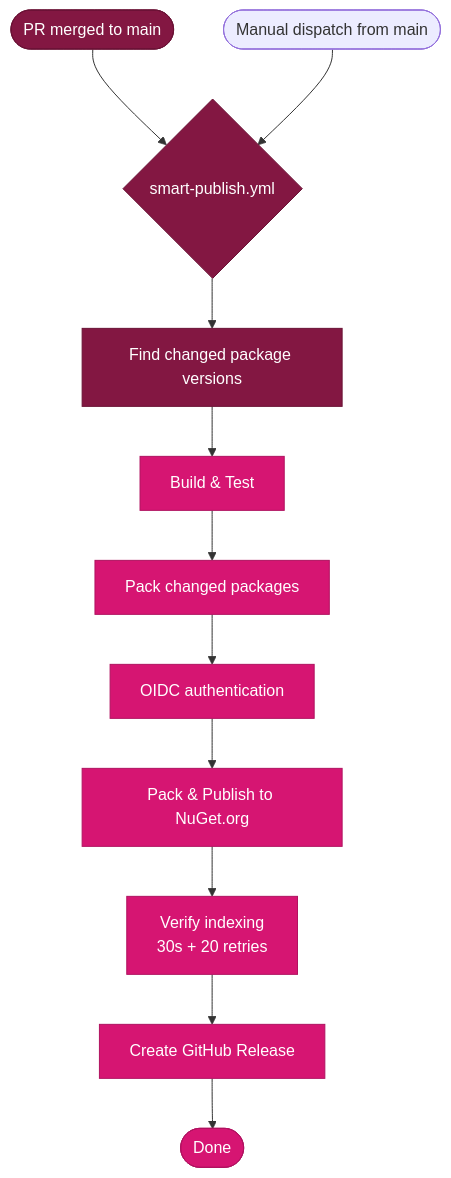
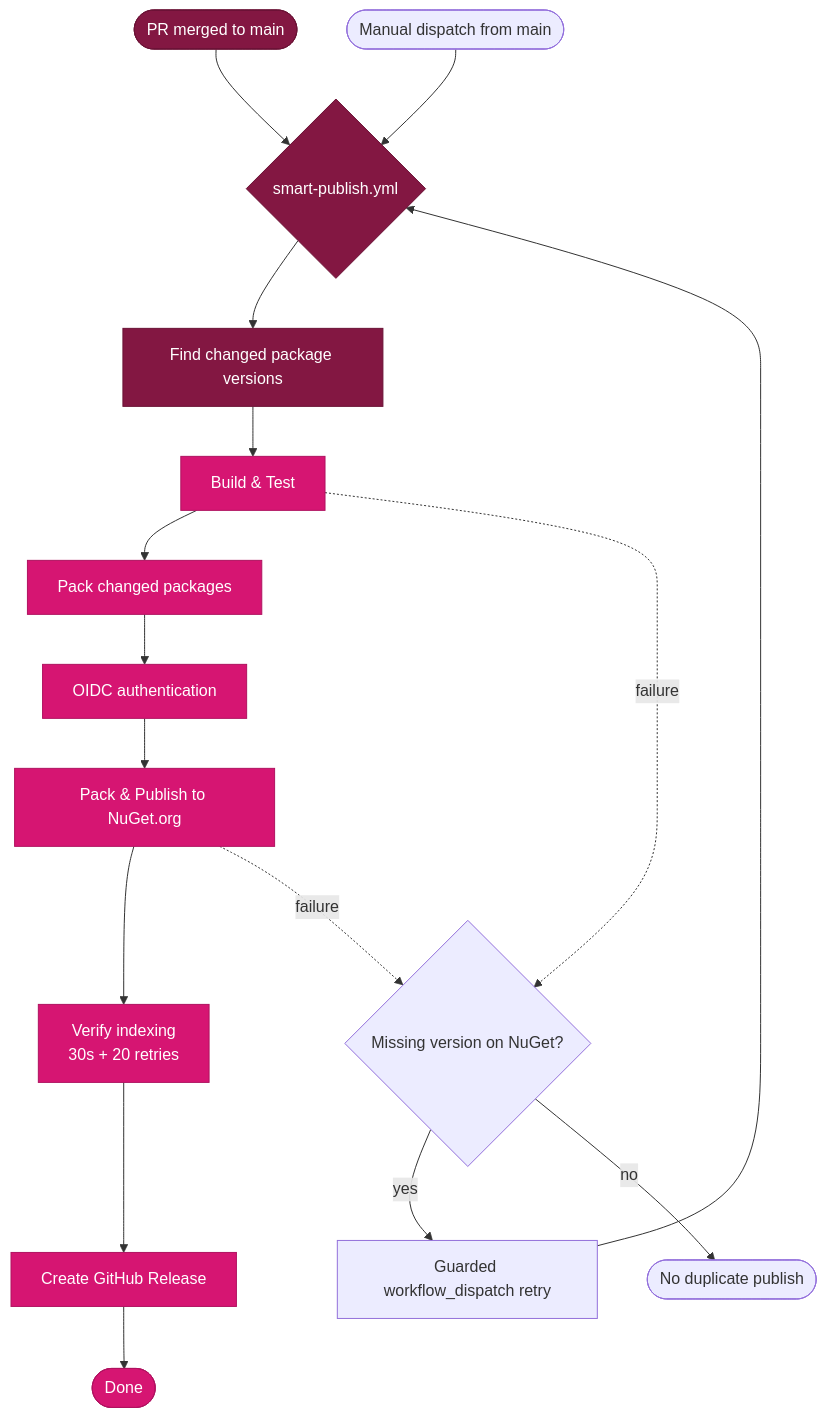
The diagram in docs/wiki/Smart-Publish-Guide.md (acontplus/acontplus-dotnet-libs), drawn with Mermaid before and after one commit. The commit also changed other lines of this file and 2 other files, not shown here.

Commit message:
feat(ci): enhance smart-publish with recovery and error handling (#184)

````diff
--- a/docs/wiki/Smart-Publish-Guide.md
+++ b/docs/wiki/Smart-Publish-Guide.md
@@ -72,20 +74,25 @@
 ```mermaid
 flowchart TD
   A([PR merged to main]) --> B{smart-publish.yml}
   R([Manual dispatch from main]) --> B
   B --> C[Find changed package versions]
   C --> D[Build & Test]
   D --> E[Pack changed packages]
   E --> F[OIDC authentication]
   F --> G[Pack & Publish to NuGet.org]
   G --> H[Verify indexing<br/>30s + 20 retries]
   H --> I[Create GitHub Release]
   I --> J([Done])
+  D -. failure .-> K{Missing version on NuGet?}
+  G -. failure .-> K
+  K -->|yes| L[Guarded workflow_dispatch retry]
+  K -->|no| M([No duplicate publish])
+  L --> B
 
   classDef green fill:#d61572,color:#fff,stroke:#b01260
   classDef orange fill:#0a7db5,color:#fff,stroke:#085e8a
   classDef blue fill:#831742,color:#fff,stroke:#6a1235
 
   class D,E,F,G,H,I,J green
   class A,B,C blue
 ```
````
